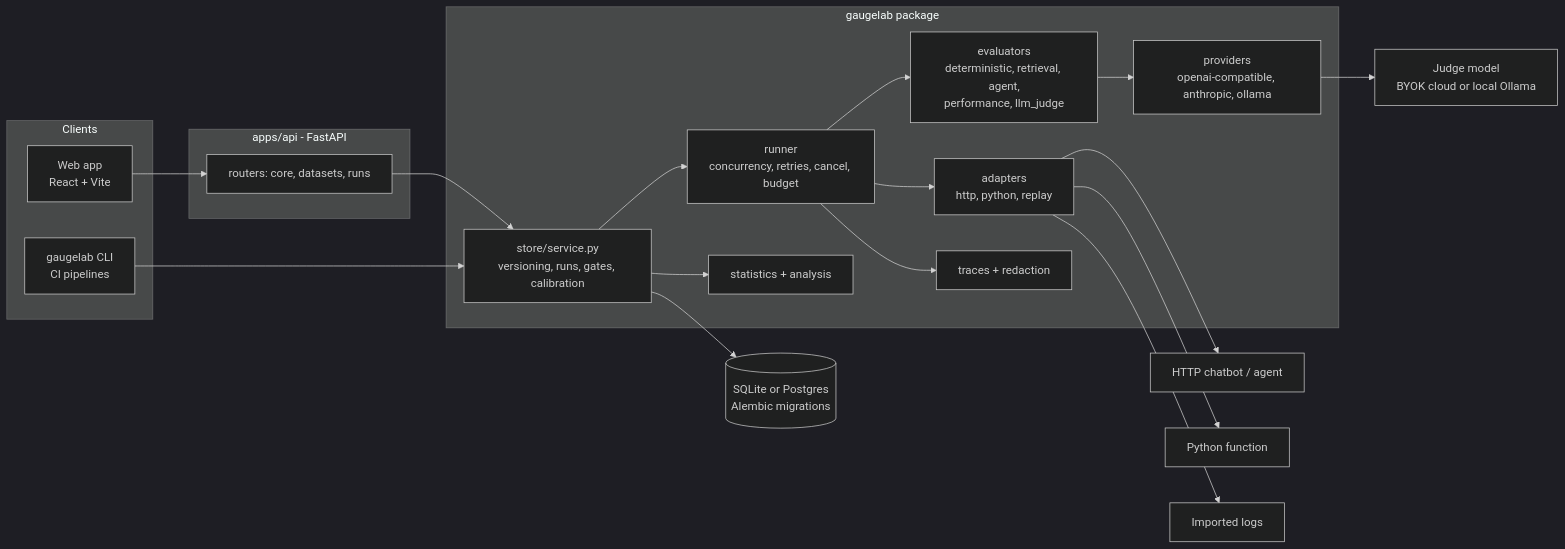
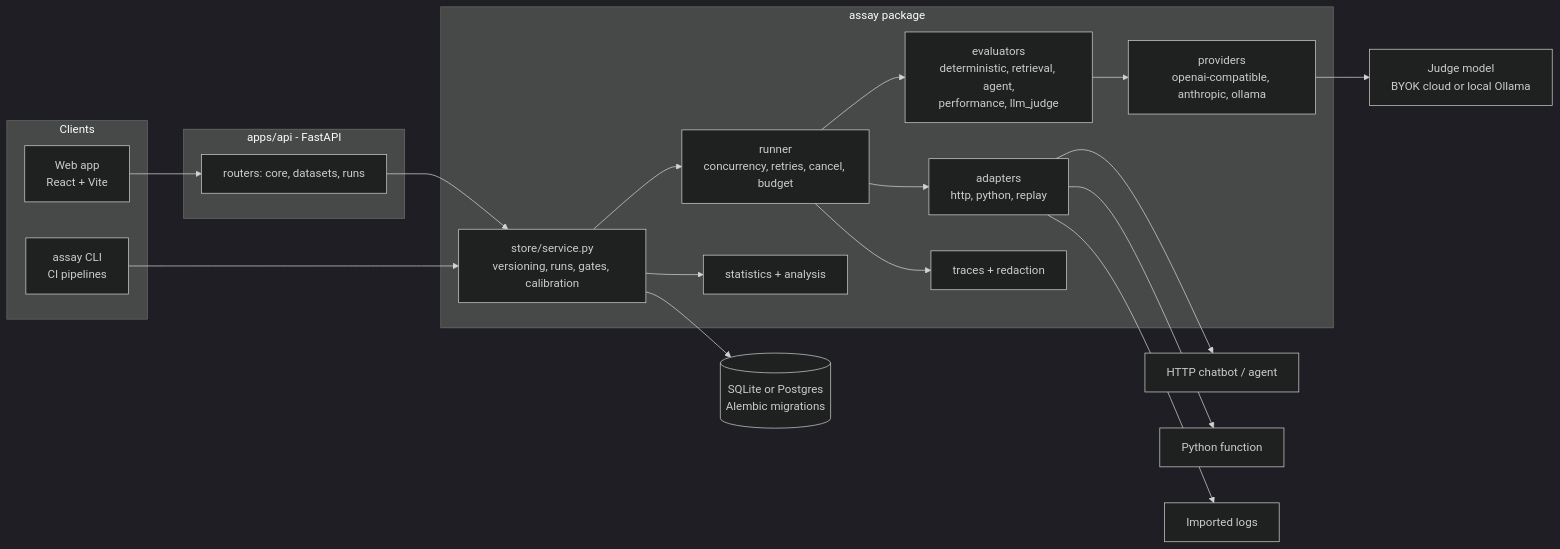
One commit to wenhaoyay/assay changed the first of 3 diagrams in docs/architecture.md. Above: the diagram before and after it, drawn with Mermaid (dark theme). The commit also changed other lines of this file and 190 other files, not shown here.

````diff
--- a/docs/architecture.md
+++ b/docs/architecture.md
@@ -8,33 +8,33 @@
 ```mermaid
 flowchart LR
   subgraph Clients
     UI[Web app<br/>React + Vite]
-    CLI[gaugelab CLI<br/>CI pipelines]
+    CLI[assay CLI<br/>CI pipelines]
   end
   subgraph API[apps/api - FastAPI]
     R[routers: core, datasets, runs]
   end
-  subgraph Core[gaugelab package]
+  subgraph Core[assay package]
     S[store/service.py<br/>versioning, runs, gates, calibration]
     RUN[runner<br/>concurrency, retries, cancel, budget]
     AD[adapters<br/>http, python, replay]
     EV[evaluators<br/>deterministic, retrieval, agent,<br/>performance, llm_judge]
     ST[statistics + analysis]
     PR[providers<br/>openai-compatible, anthropic, ollama]
     TR[traces + redaction]
   end
   DB[(SQLite or Postgres<br/>Alembic migrations)]
   T1[HTTP chatbot / agent]
   T2[Python function]
   T3[Imported logs]
   J[Judge model<br/>BYOK cloud or local Ollama]
 
   UI --> R --> S
   CLI --> S
   S --> RUN --> AD
   AD --> T1 & T2 & T3
   RUN --> EV --> PR --> J
   RUN --> TR
   S --> ST
   S --> DB
 ```
````
